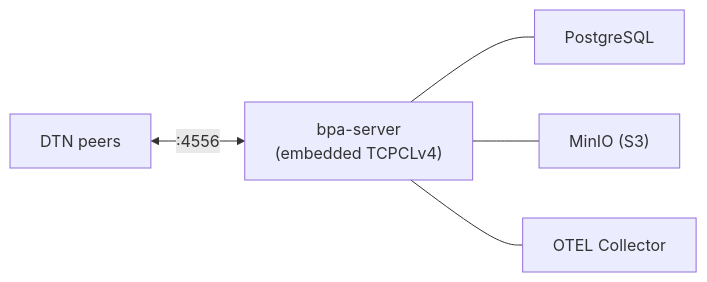
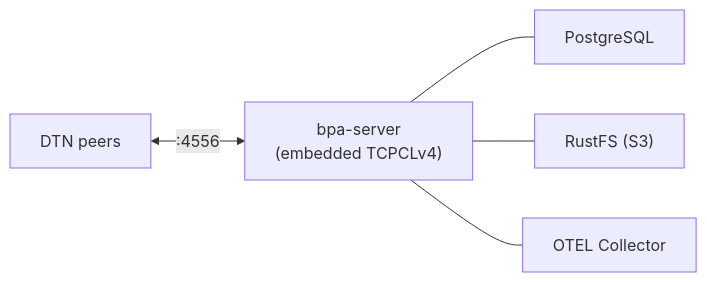
The first of 2 diagrams in docs/user-docs/getting-started/docker.md (ricktaylor/hardy), drawn with Mermaid before and after one commit. The commit also changed other lines of this file and 12 other files, not shown here.

First line of the commit message:
fix(compose): replace MinIO with RustFS for S3 storage

````diff
--- a/docs/user-docs/getting-started/docker.md
+++ b/docs/user-docs/getting-started/docker.md
@@ -103,7 +103,7 @@
 ```mermaid
 graph LR
     PEERS["DTN peers"] <-->|:4556| BPA["bpa-server<br/>(embedded TCPCLv4)"]
     BPA --- DB["PostgreSQL"]
-    BPA --- S3["MinIO (S3)"]
+    BPA --- S3["RustFS (S3)"]
     BPA --- OTEL["OTEL Collector"]
 ```
````
